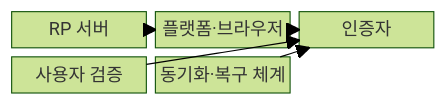
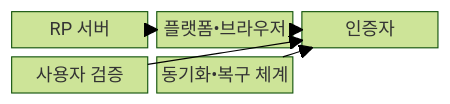
Before and after one commit to agnusdei1207/knowledge-base: the first of 2 diagrams in src/content/docs/notes/05-security/056_passkey.md, drawn with Mermaid (forest theme). The commit also changed other lines of this file and 953 other files, not shown here.

````diff
--- a/src/content/docs/notes/05-security/056_passkey.md
+++ b/src/content/docs/notes/05-security/056_passkey.md
@@ -65,13 +65,13 @@
 ```mermaid
 block-beta
   columns 3
   A["RP 서버"]
-  B["플랫폼·브라우저"]
+  B["플랫폼•브라우저"]
   C["인증자"]
   D["사용자 검증"]
-  E["동기화·복구 체계"]
+  E["동기화•복구 체계"]
     A --> B
     B --> C
     D --> C
     E --> C
 ```
````
